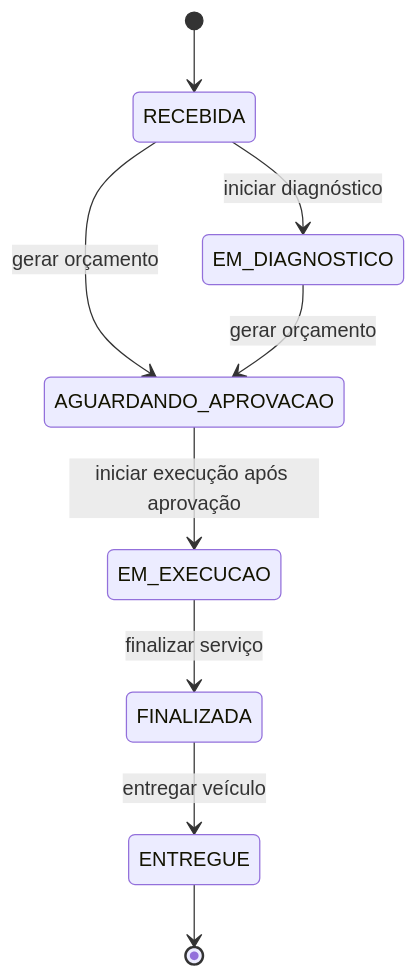
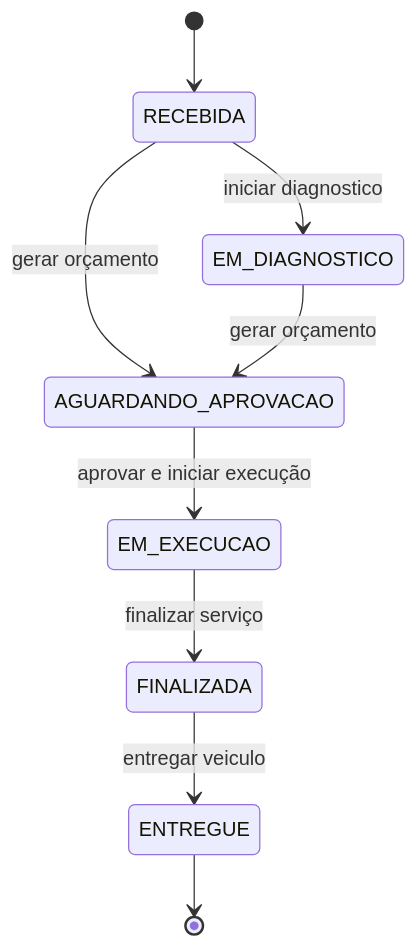
One commit to yxsbx/SOAT-FIAP changed the third of 4 diagrams in docs/DDD_DOCUMENTATION.md. Above: the diagram before and after it, drawn with Mermaid. The commit also changed other lines of this file and 34 other files, not shown here.

````diff
--- a/docs/DDD_DOCUMENTATION.md
+++ b/docs/DDD_DOCUMENTATION.md
@@ -566,11 +408,11 @@
 ```mermaid
 stateDiagram-v2
     [*] --> RECEBIDA
-    RECEBIDA --> EM_DIAGNOSTICO: iniciar diagnóstico
+    RECEBIDA --> EM_DIAGNOSTICO: iniciar diagnostico
     RECEBIDA --> AGUARDANDO_APROVACAO: gerar orçamento
     EM_DIAGNOSTICO --> AGUARDANDO_APROVACAO: gerar orçamento
-    AGUARDANDO_APROVACAO --> EM_EXECUCAO: iniciar execução após aprovação
+    AGUARDANDO_APROVACAO --> EM_EXECUCAO: aprovar e iniciar execução
     EM_EXECUCAO --> FINALIZADA: finalizar serviço
-    FINALIZADA --> ENTREGUE: entregar veículo
+    FINALIZADA --> ENTREGUE: entregar veiculo
     ENTREGUE --> [*]
 ```
````
